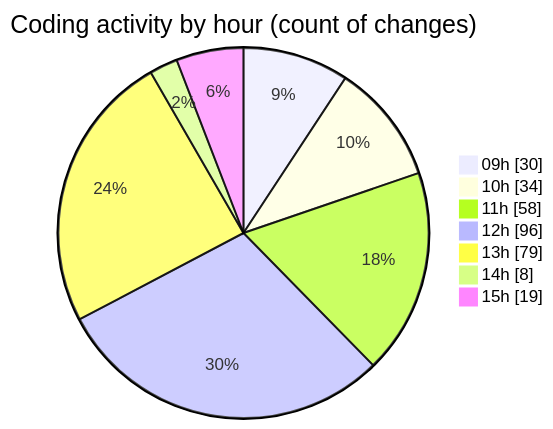
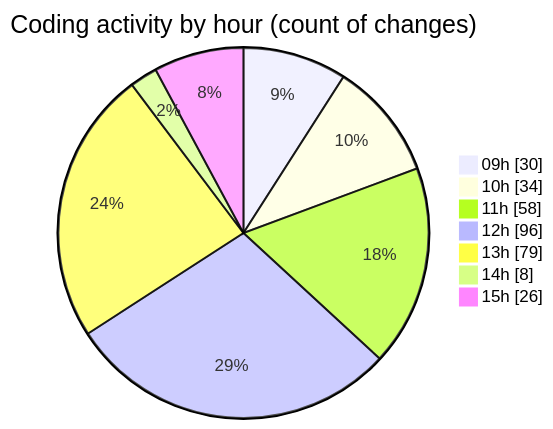
The second of 2 diagrams in 2025-04-02/cda/README.md (momahboobian/code-tracking), drawn with Mermaid before and after one commit. The commit also changed other lines of this file and 1 other file, not shown here.

````diff
--- a/2025-04-02/cda/README.md
+++ b/2025-04-02/cda/README.md
@@ -37,11 +37,11 @@
 ```mermaid
 pie showData
 title Coding activity by hour (count of changes)
 "09h" : 30
 "10h" : 34
 "11h" : 58
 "12h" : 96
 "13h" : 79
 "14h" : 8
-"15h" : 19
+"15h" : 26
 ```
````
